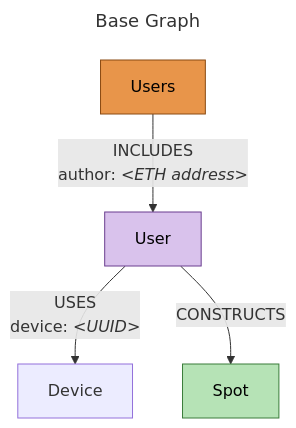
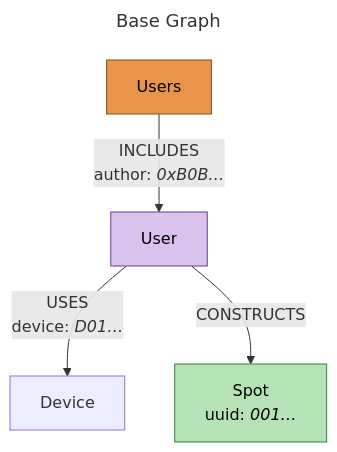
The first of 10 diagrams in pkgs/Gremlin/docs/Claude’s graph structure.md (MetaFam/mimis), drawn with Mermaid before and after one commit. The commit also changed other lines of this file, not shown here.

Commit message:
workin’ on mermaid graphs ۝

````diff
--- a/pkgs/Gremlin/docs/Claude’s graph structure.md
+++ b/pkgs/Gremlin/docs/Claude’s graph structure.md
@@ -39,19 +39,19 @@
 ```mermaid
 ---
 title: Base Graph
 ---
 graph TD
   US["Users"]
-  US -->|INCLUDES<br/>author: <i>&lt;ETH address&gt;</i>| U[User]
-  U -->|USES<br/>device: <i>&lt;UUID&gt;</i>| D[Device]
-  U -->|CONSTRUCTS| SP[Spot]
+  US -->|INCLUDES<br/>author: <i>0xB0B…</i>| U[User]
+  U -->|USES<br/>device: <i>D01…</i>| D[Device]
+  U -->|CONSTRUCTS| SP[Spot<br/>uuid: <i>001…</i>]
 
   classDef base fill:#e8954a,stroke:#8a4a12,color:#000
   classDef user fill:#d9c2ec,stroke:#6a3d8f,color:#000
   classDef spot fill:#b6e3b6,stroke:#3a7d3a,color:#000
   classDef table fill:#cfe2f3,stroke:#3d6e9e,color:#000
   class US base
   class U user
   class SP spot
   class D device
 ```
````
